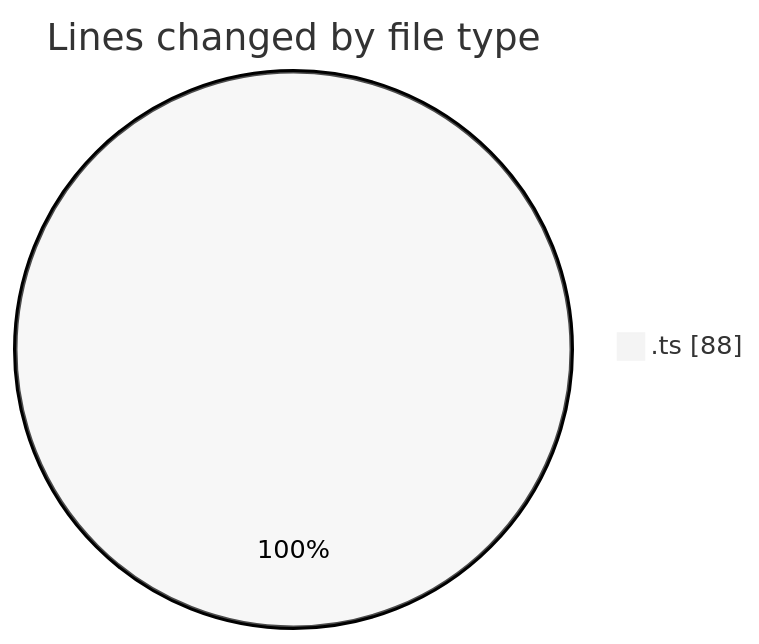
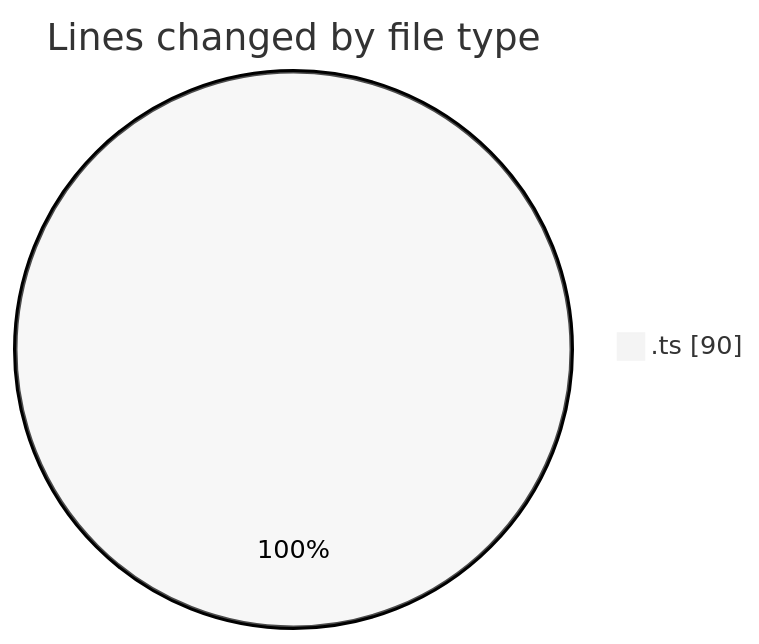
One commit to igalym/code-tracking changed the first of 2 diagrams in 2026-03-30/cinema/README.md. Above: the diagram before and after it, drawn with Mermaid (neutral theme). The commit also changed other lines of this file and 1 other file, not shown here.

````diff
--- a/2026-03-30/cinema/README.md
+++ b/2026-03-30/cinema/README.md
@@ -23,5 +23,5 @@
 ```mermaid
 pie showData
 title Lines changed by file type
-".ts" : 88
+".ts" : 90
 ```
````
